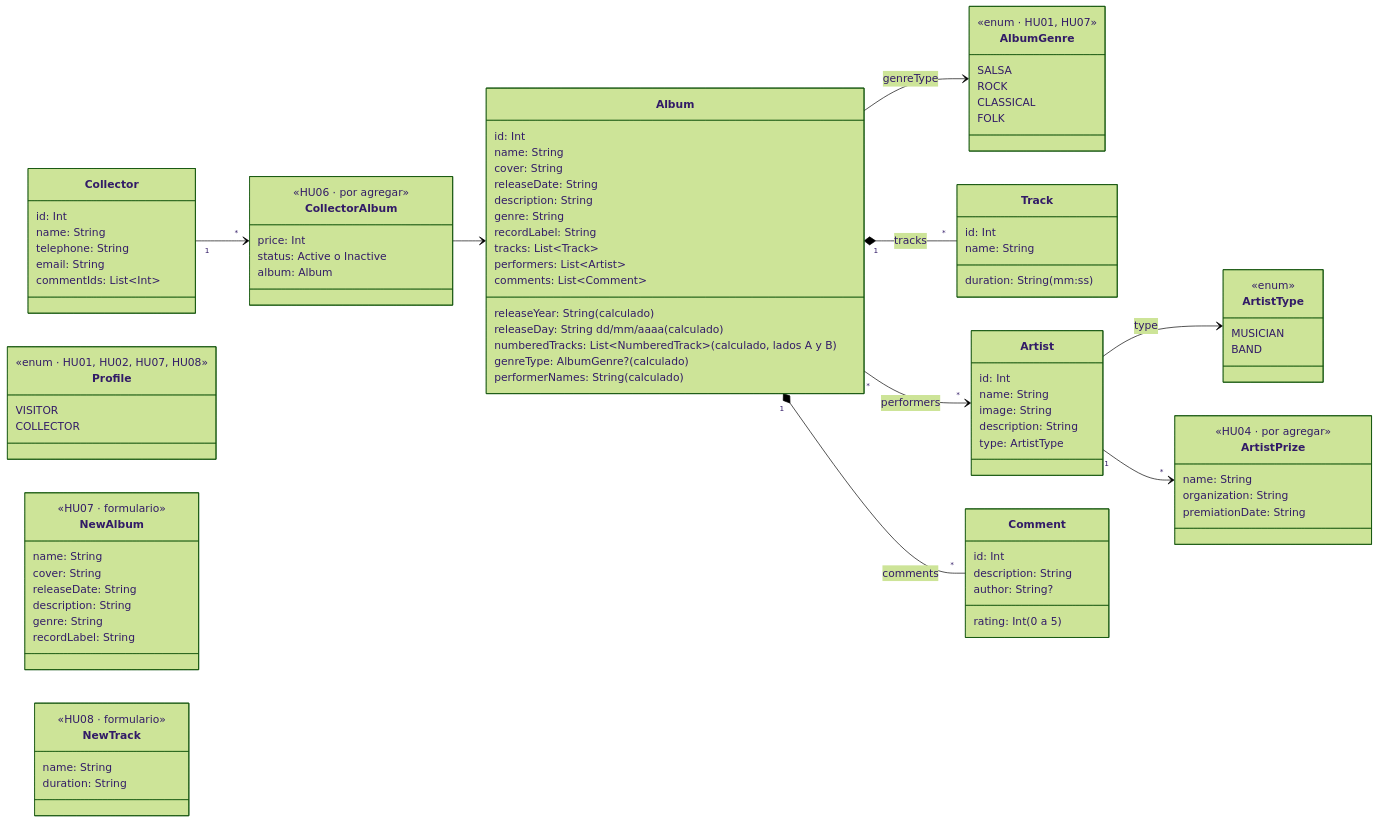
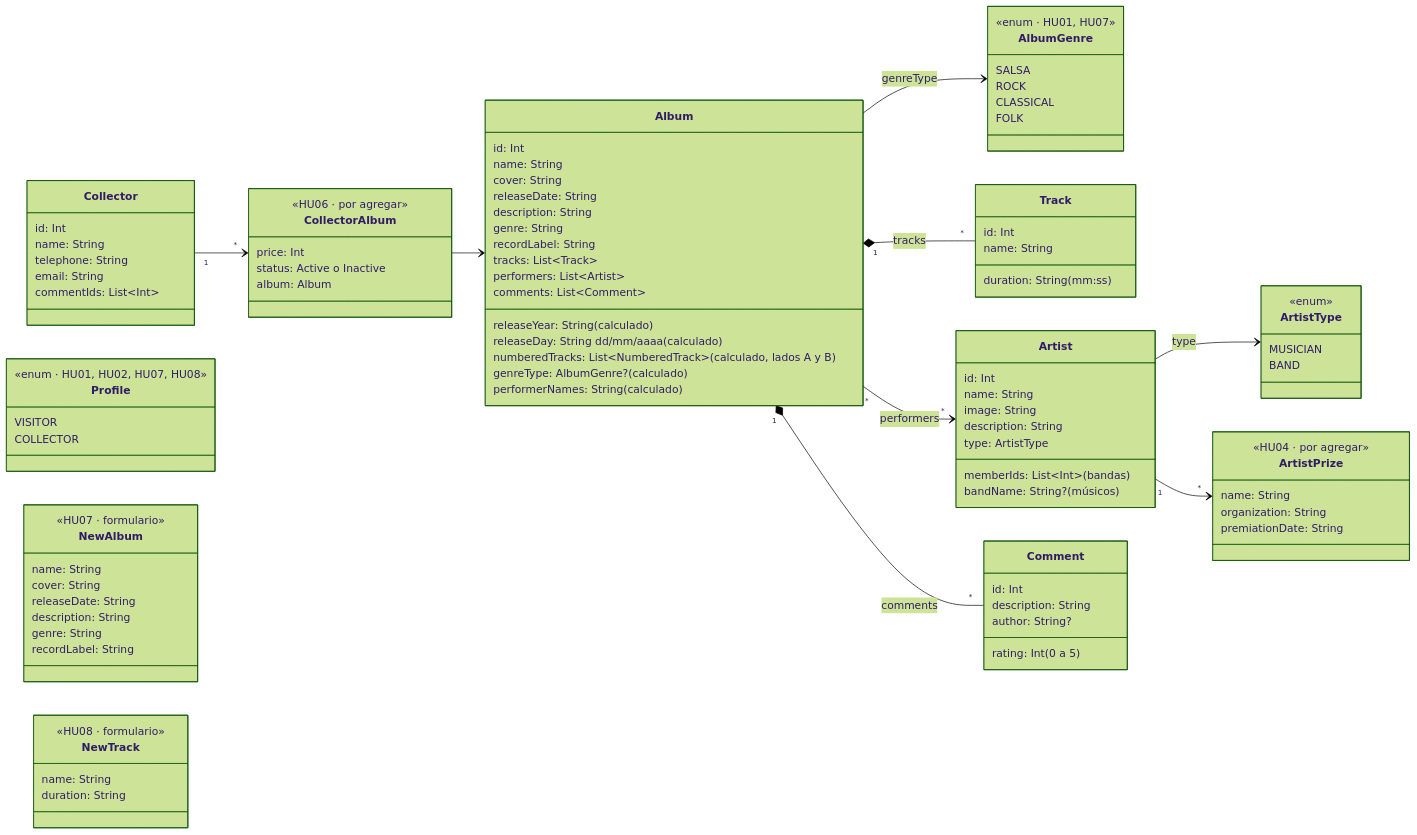
The third of 4 diagrams in docs/App-technical-documentation.md (jhon0520/Andes-Vynils-App), drawn with Mermaid (forest theme) before and after one commit. The commit also changed other lines of this file and 18 other files, not shown here.

```diff
--- a/docs/App-technical-documentation.md
+++ b/docs/App-technical-documentation.md
@@ -135,6 +135,8 @@
         image: String
         description: String
         type: ArtistType
+        memberIds: List~Int~ (bandas)
+        bandName: String? (músicos)
     }
     class ArtistType {
         <<enum>>
```
